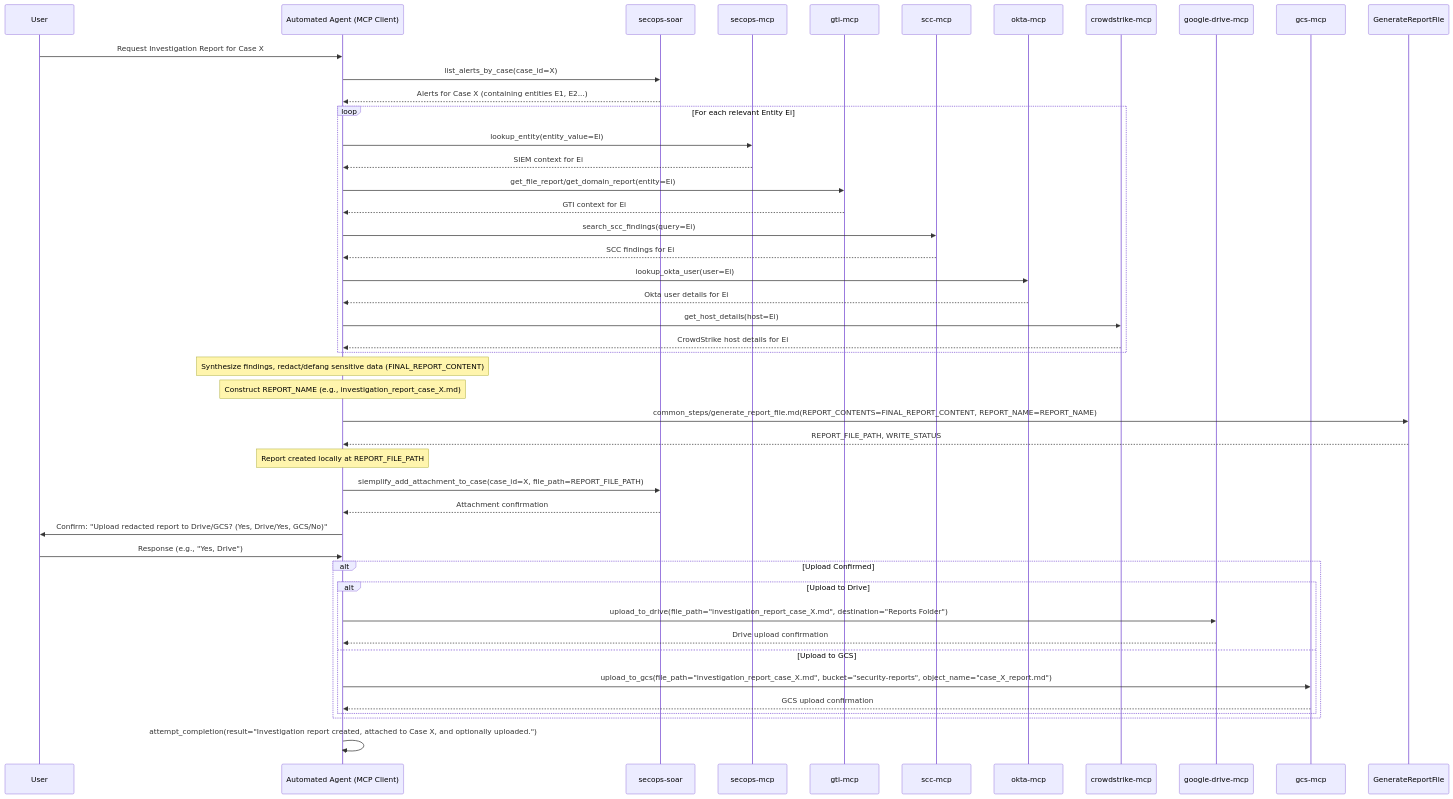
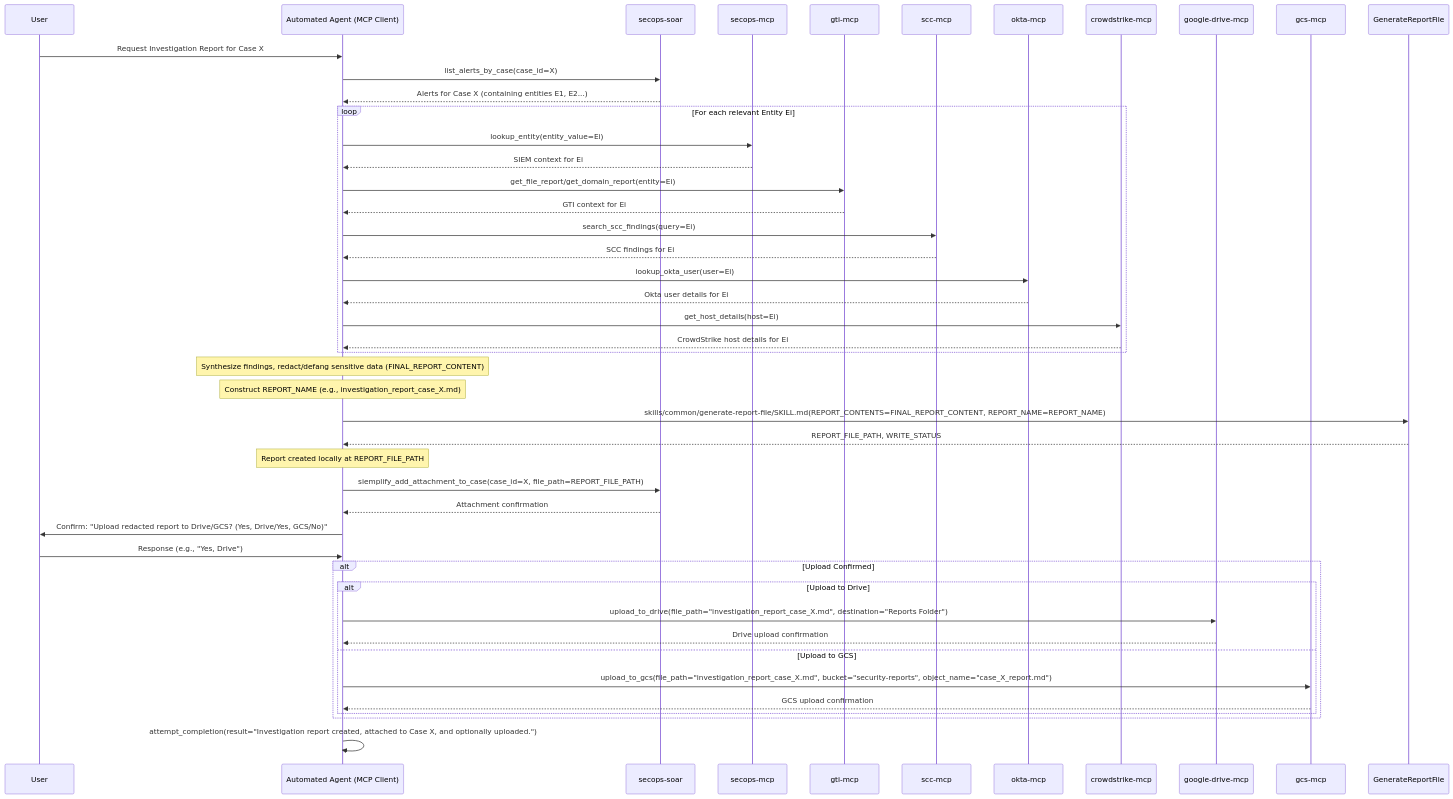
One commit to dandye/adk_runbooks changed the second of 2 diagrams in skills/reporting/create-investigation-report/SKILL.md. Above: the diagram before and after it, drawn with Mermaid. The commit also changed other lines of this file and 17 other files, not shown here.

Commit message:
feat(skills): update internal cross-skill references to standardized skills taxonomy

````diff
--- a/skills/reporting/create-investigation-report/SKILL.md
+++ b/skills/reporting/create-investigation-report/SKILL.md
@@ -91,49 +91,49 @@
 ```{mermaid}
 sequenceDiagram
     participant User
     participant AutomatedAgent as Automated Agent (MCP Client)
     participant SOAR as secops-soar
     participant SIEM as secops-mcp
     participant GTI as gti-mcp
     participant SCC as scc-mcp
     participant Okta as okta-mcp
     participant CS as crowdstrike-mcp
     participant Drive as google-drive-mcp
     participant GCS as gcs-mcp
 
     User->>AutomatedAgent: Request Investigation Report for Case X
     AutomatedAgent->>SOAR: list_alerts_by_case(case_id=X)
     SOAR-->>AutomatedAgent: Alerts for Case X (containing entities E1, E2...)
     loop For each relevant Entity Ei
         AutomatedAgent->>SIEM: lookup_entity(entity_value=Ei)
         SIEM-->>AutomatedAgent: SIEM context for Ei
         AutomatedAgent->>GTI: get_file_report/get_domain_report(entity=Ei)
         GTI-->>AutomatedAgent: GTI context for Ei
         AutomatedAgent->>SCC: search_scc_findings(query=Ei)
         SCC-->>AutomatedAgent: SCC findings for Ei
         AutomatedAgent->>Okta: lookup_okta_user(user=Ei)
         Okta-->>AutomatedAgent: Okta user details for Ei
         AutomatedAgent->>CS: get_host_details(host=Ei)
         CS-->>AutomatedAgent: CrowdStrike host details for Ei
     end
     Note over AutomatedAgent: Synthesize findings, redact/defang sensitive data (FINAL_REPORT_CONTENT)
     Note over AutomatedAgent: Construct REPORT_NAME (e.g., investigation_report_case_X.md)
-    AutomatedAgent->>GenerateReportFile: common_steps/generate_report_file.md(REPORT_CONTENTS=FINAL_REPORT_CONTENT, REPORT_NAME=REPORT_NAME)
+    AutomatedAgent->>GenerateReportFile: skills/common/generate-report-file/SKILL.md(REPORT_CONTENTS=FINAL_REPORT_CONTENT, REPORT_NAME=REPORT_NAME)
     GenerateReportFile-->>AutomatedAgent: REPORT_FILE_PATH, WRITE_STATUS
     Note over AutomatedAgent: Report created locally at REPORT_FILE_PATH
     AutomatedAgent->>SOAR: siemplify_add_attachment_to_case(case_id=X, file_path=REPORT_FILE_PATH)
     SOAR-->>AutomatedAgent: Attachment confirmation
     AutomatedAgent->>User: Confirm: "Upload redacted report to Drive/GCS? (Yes, Drive/Yes, GCS/No)"
     User->>AutomatedAgent: Response (e.g., "Yes, Drive")
     alt Upload Confirmed
         alt Upload to Drive
             AutomatedAgent->>Drive: upload_to_drive(file_path="investigation_report_case_X.md", destination="Reports Folder")
             Drive-->>AutomatedAgent: Drive upload confirmation
         else Upload to GCS
             AutomatedAgent->>GCS: upload_to_gcs(file_path="investigation_report_case_X.md", bucket="security-reports", object_name="case_X_report.md")
             GCS-->>AutomatedAgent: GCS upload confirmation
         end
     end
     AutomatedAgent->>AutomatedAgent: attempt_completion(result="Investigation report created, attached to Case X, and optionally uploaded.")
 
 ```
````
